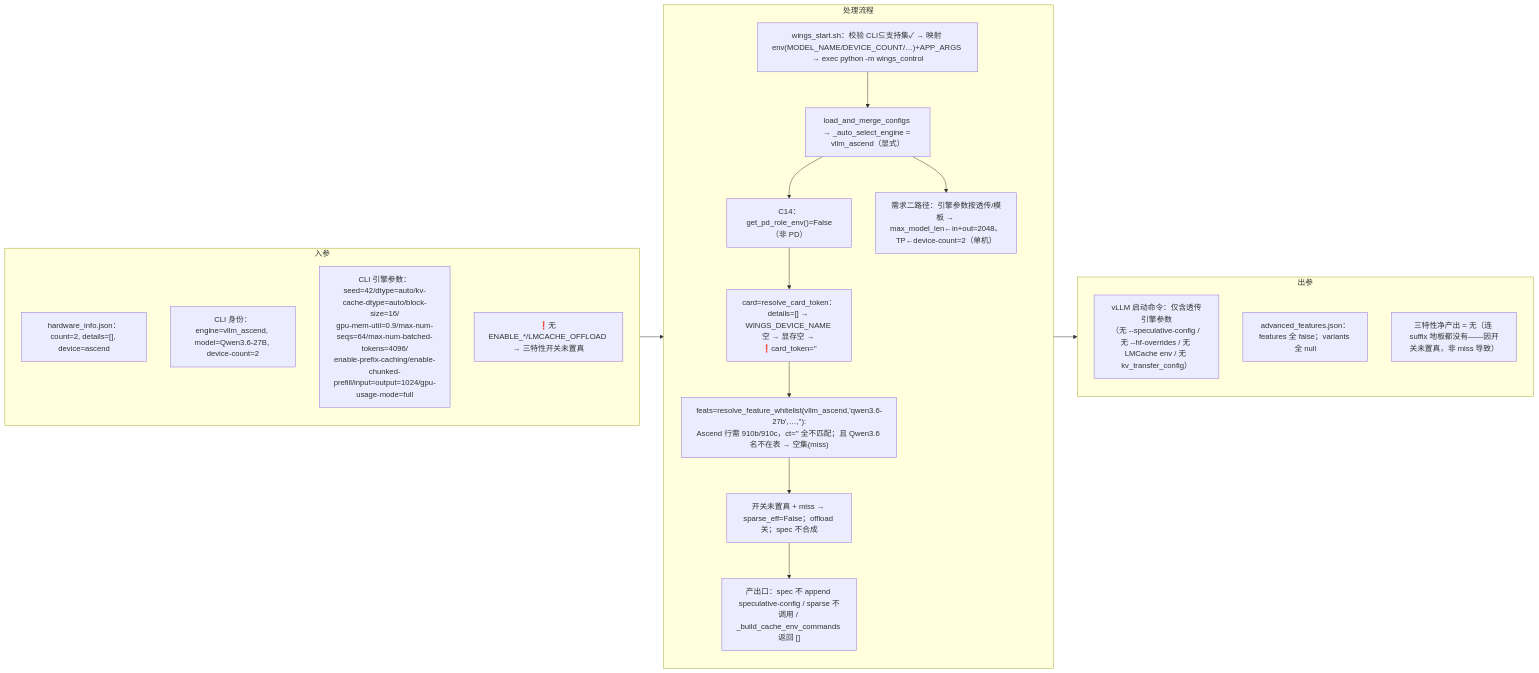
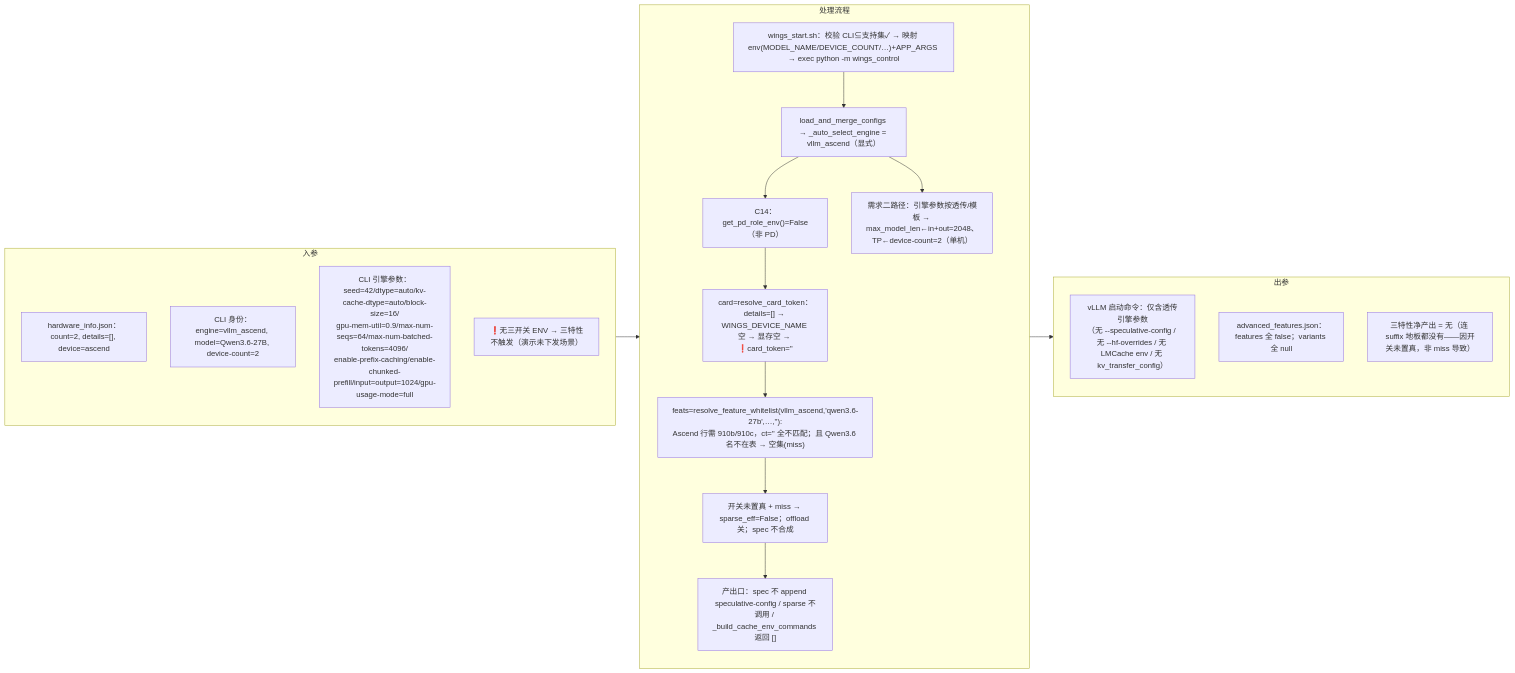
Diagram 15 of 18 in xuqiu/smart/需求一-三特性使能.md (thegodloy-jpg/wings-control), drawn with Mermaid before and after one commit. The commit also changed other lines of this file and 1 other file, not shown here.

First line of the commit message:
@ docs(smart): 需求一文档全量对齐 Maas 交互契约 — ENV 改名 + 层级门控 + auto 显式 + 代码修改清单

````diff
--- a/xuqiu/smart/需求一-三特性使能.md
+++ b/xuqiu/smart/需求一-三特性使能.md
@@ -935,30 +1002,30 @@
 ```mermaid
 flowchart LR
   subgraph IN["入参"]
     direction TB
     I1["hardware_info.json：count=2, details=[], device=ascend"]
     I2["CLI 身份：engine=vllm_ascend, model=Qwen3.6-27B, device-count=2"]
     I3["CLI 引擎参数：seed=42/dtype=auto/kv-cache-dtype=auto/block-size=16/<br/>gpu-mem-util=0.9/max-num-seqs=64/max-num-batched-tokens=4096/<br/>enable-prefix-caching/enable-chunked-prefill/input=output=1024/gpu-usage-mode=full"]
-    I4["❗无 ENABLE_*/LMCACHE_OFFLOAD → 三特性开关未置真"]
+    I4["❗无三开关 ENV → 三特性不触发（演示未下发场景）"]
   end
   subgraph EXEC["处理流程"]
     direction TB
     X1["wings_start.sh：校验 CLI⊆支持集✓ → 映射 env(MODEL_NAME/DEVICE_COUNT/…)+APP_ARGS → exec python -m wings_control"]
     X2["load_and_merge_configs → _auto_select_engine = vllm_ascend（显式）"]
     X3["C14：get_pd_role_env()=False（非 PD）"]
     X4["card=resolve_card_token：details=[] → WINGS_DEVICE_NAME 空 → 显存空 → ❗card_token=''"]
     X5["feats=resolve_feature_whitelist(vllm_ascend,'qwen3.6-27b',…,''):<br/>Ascend 行需 910b/910c，ct='' 全不匹配；且 Qwen3.6 名不在表 → 空集(miss)"]
     X6["开关未置真 + miss → sparse_eff=False；offload 关；spec 不合成"]
     X7["产出口：spec 不 append speculative-config / sparse 不调用 / _build_cache_env_commands 返回 []"]
     X8["需求二路径：引擎参数按透传/模板 → max_model_len←in+out=2048、TP←device-count=2（单机）"]
     X1 --> X2 --> X3 --> X4 --> X5 --> X6 --> X7
     X2 --> X8
   end
   subgraph OUT["出参"]
     direction TB
     O1["vLLM 启动命令：仅含透传引擎参数<br/>（无 --speculative-config / 无 --hf-overrides / 无 LMCache env / 无 kv_transfer_config）"]
     O2["advanced_features.json：features 全 false；variants 全 null"]
     O3["三特性净产出 = 无（连 suffix 地板都没有——因开关未置真，非 miss 导致）"]
   end
   IN --> EXEC --> OUT
 ```
````
